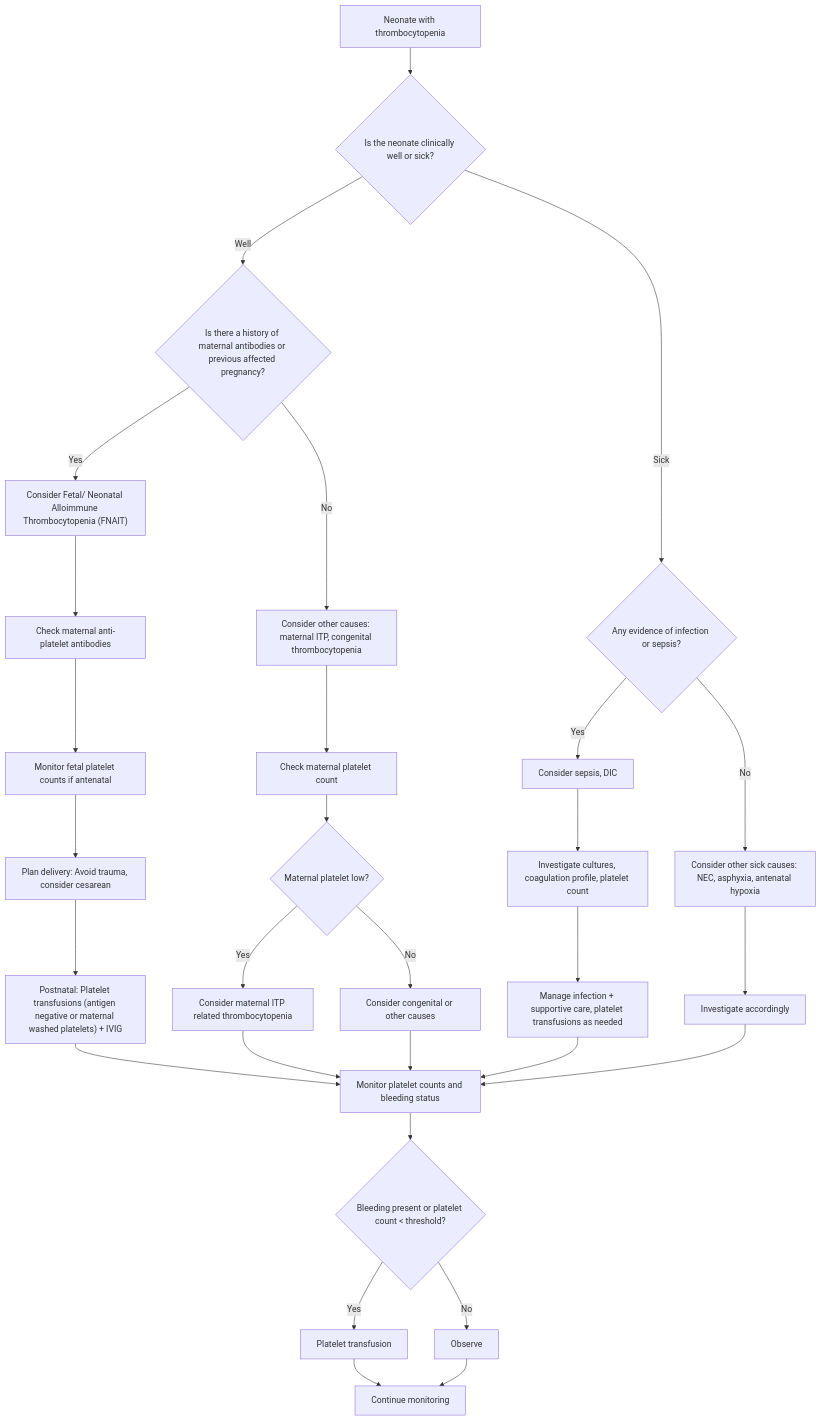
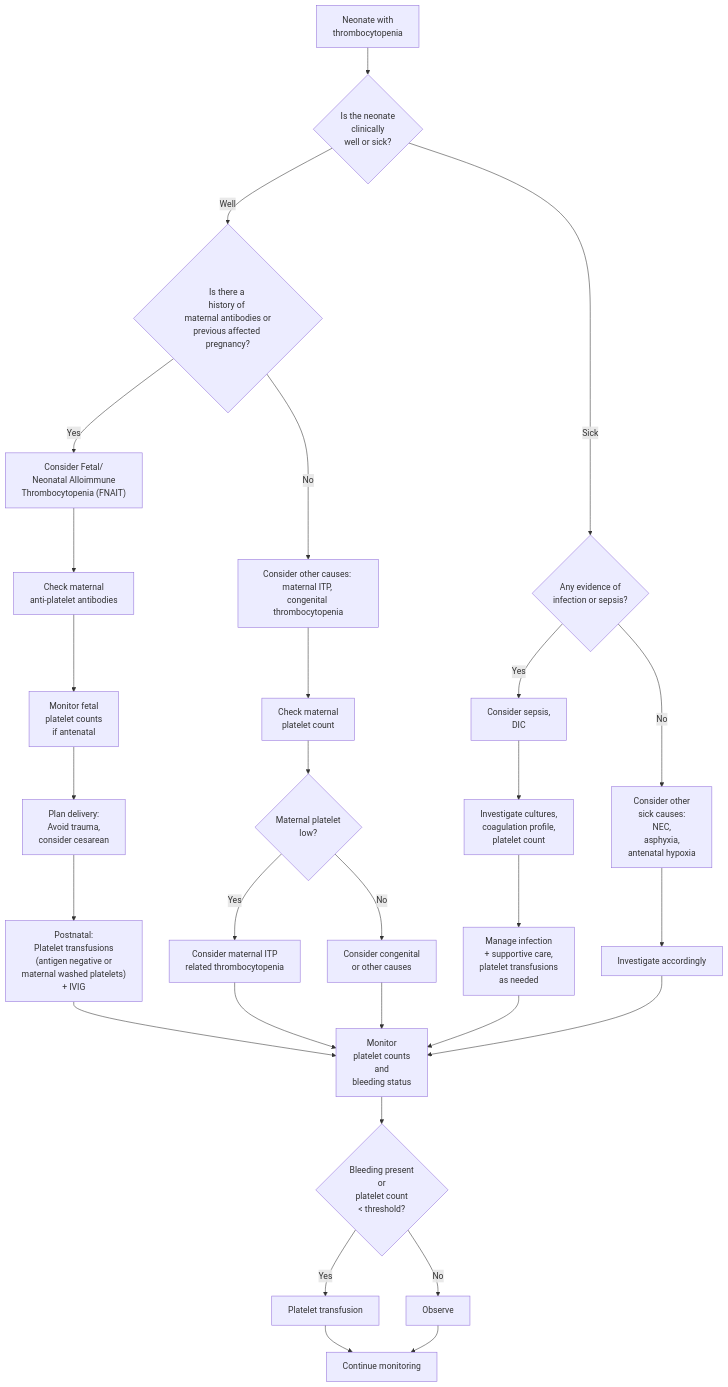
One commit to rubanbalaji-g/dnb-theory changed the diagram in src/site/notes/Hematology/Platelet Disorders.md. Above: the diagram before and after it, drawn with Mermaid.

Commit message:
Published multiple files

````diff
--- a/src/site/notes/Hematology/Platelet Disorders.md
+++ b/src/site/notes/Hematology/Platelet Disorders.md
@@ -76,32 +76,39 @@
 ```mermaid
 flowchart TD
-    A["`Neonate with thrombocytopenia`"] --> B{"`Is the neonate clinically well or sick?`"};
-    B -->|Well| C{"`Is there a history of maternal antibodies or previous affected pregnancy?`"};
-    B -->|Sick| D{"`Any evidence of infection or sepsis?`"};
-    C -->|Yes| E["`Consider Fetal/ Neonatal Alloimmune Thrombocytopenia (FNAIT)`"];
-    E --> F["`Check maternal anti-platelet antibodies`"];
-    F --> G["`Monitor fetal platelet counts if antenatal`"];
-    G --> H["`Plan delivery: Avoid trauma, consider cesarean`"];
-    H --> I["`Postnatal: Platelet transfusions (antigen negative or maternal washed platelets) + IVIG`"];
-    C -->|No| J["`Consider other causes: maternal ITP, congenital thrombocytopenia`"];
-    J --> K["`Check maternal platelet count`"];
-    K --> L{"`Maternal platelet low?`"};
-    L -->|Yes| M["`Consider maternal ITP related thrombocytopenia`"];
-    L -->|No| N["`Consider congenital or other causes`"];
-    D -->|Yes| O["`Consider sepsis, DIC`"];
-    O --> P["`Investigate cultures, coagulation profile, platelet count`"];
-    P --> Q["`Manage infection + supportive care, platelet transfusions as needed`"];
-    D -->|No| R["`Consider other sick causes: NEC, asphyxia, antenatal hypoxia`"];
-    R --> S["`Investigate accordingly`"];
-    I --> T["`Monitor platelet counts and bleeding status`"];
+    A[Neonate with <br>thrombocytopenia] --> B{Is the neonate <br>clinically <br>well or sick?};
+    B -->|Well| C{Is there a <br>history of <br>maternal antibodies or<br>previous affected pregnancy?};
+    B -->|Sick| D{Any evidence of <br>infection or sepsis?};
+
+    C -->|Yes| E["Consider Fetal/ <br>Neonatal Alloimmune <br>Thrombocytopenia (FNAIT)"];
+    E --> F["Check maternal <br>anti-platelet antibodies"];
+    F --> G["Monitor fetal <br>platelet counts <br>if antenatal"];
+    G --> H["Plan delivery: <br>Avoid trauma, <br>consider cesarean"];
+    H --> I["Postnatal: <br>Platelet transfusions <br>(antigen negative or <br>maternal washed platelets) <br>+ IVIG"];
+
+    C -->|No| J["Consider other causes: <br>maternal ITP, <br>congenital thrombocytopenia"];
+    J --> K["Check maternal <br>platelet count"];
+    K --> L{Maternal platelet <br>low?};
+    L -->|Yes| M["Consider maternal ITP <br>related thrombocytopenia"];
+    L -->|No| N["Consider congenital <br>or other causes"];
+
+    D -->|Yes| O["Consider sepsis, <br>DIC"];
+    O --> P["Investigate cultures, <br>coagulation profile, <br>platelet count"];
+    P --> Q["Manage infection <br>+ supportive care, <br>platelet transfusions <br>as needed"];
+
+    D -->|No| R["Consider other <br>sick causes: <br>NEC, <br>asphyxia, <br>antenatal hypoxia"];
+    R --> S["Investigate accordingly"];
+
+    I --> T["Monitor <br>platelet counts <br>and <br>bleeding status"];
     M --> T;
     N --> T;
     Q --> T;
     S --> T;
-    T --> U{"`Bleeding present or platelet count &lt; threshold?`"};
-    U -->|Yes| V["`Platelet transfusion`"];
-    U -->|No| W["`Observe`"];
-    V --> X["`Continue monitoring`"];
+
+    T --> U{Bleeding present <br>or <br>platelet count <br> &lt; threshold?};
+    U -->|Yes| V["Platelet transfusion"];
+    U -->|No| W["Observe"];
+
+    V --> X["Continue monitoring"];
     W --> X;
 
 ```
````
